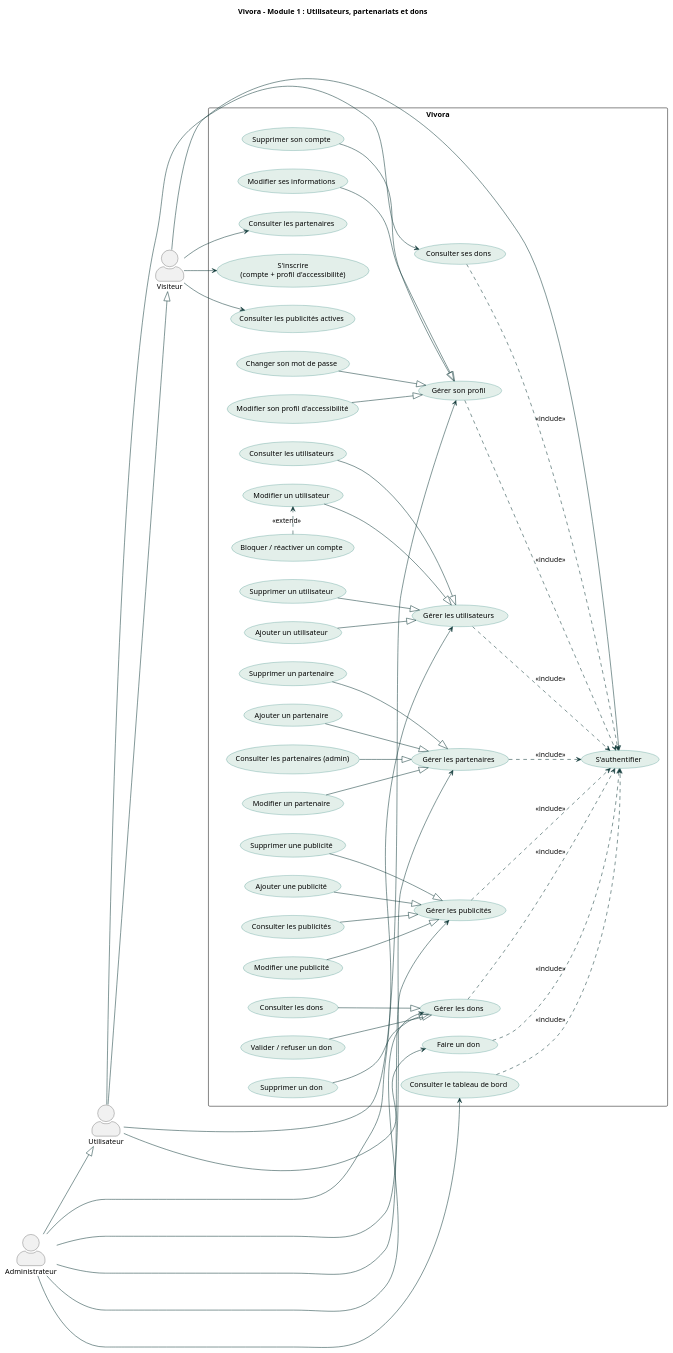
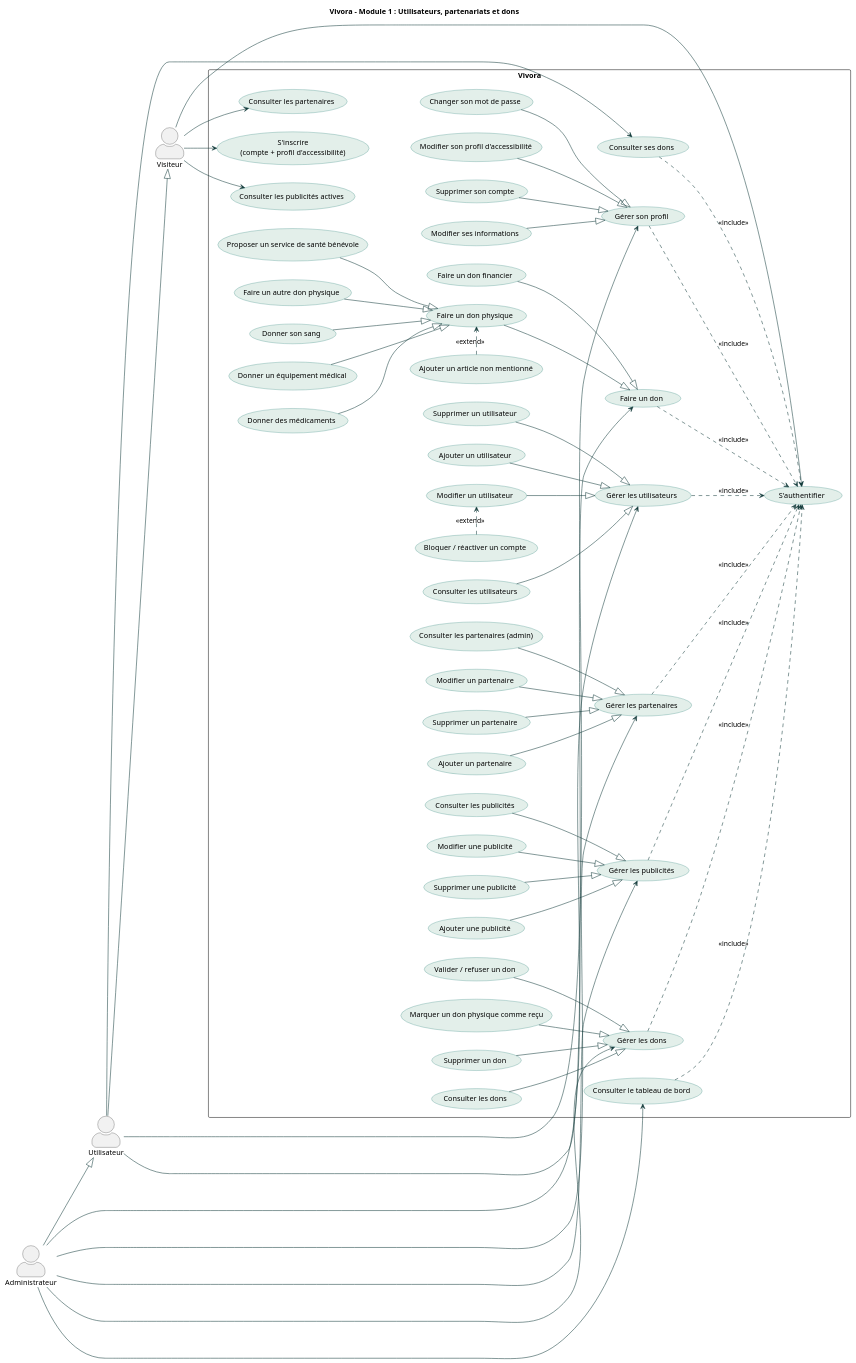
The diagram in docs/cas-utilisation.puml (hiba1577/econova), drawn with PlantUML before and after one commit. The commit also changed 2 other files, not shown here.

Commit message:
Dons physiques : diagrammes et README

```diff
--- a/docs/cas-utilisation.puml
+++ b/docs/cas-utilisation.puml
@@ -1,110 +1,129 @@
 @startuml cas-utilisation
 left to right direction
 skinparam packageStyle rectangle
 skinparam actorStyle awesome
 skinparam usecase {
   BackgroundColor #E3EFEA
   BorderColor #1F7A72
   ArrowColor #123B3A
 }
 
 title Vivora - Module 1 : Utilisateurs, partenariats et dons
 
 actor "Visiteur" as V
 actor "Utilisateur" as U
 actor "Administrateur" as A
 
 U --|> V
 A --|> U
 
 rectangle "Vivora" {
   usecase "S'inscrire\n(compte + profil d'accessibilité)" as UC_Inscrire
   usecase "S'authentifier" as UC_Auth
   usecase "Consulter les publicités actives" as UC_Pubs
   usecase "Consulter les partenaires" as UC_Partenaires
 
   usecase "Gérer son profil" as UC_Profil
   usecase "Modifier ses informations" as UC_ProfilInfos
   usecase "Changer son mot de passe" as UC_ProfilMdp
   usecase "Modifier son profil d'accessibilité" as UC_ProfilAcc
   usecase "Supprimer son compte" as UC_ProfilSup
   usecase "Faire un don" as UC_Don
+  usecase "Faire un don financier" as UC_DonFin
+  usecase "Faire un don physique" as UC_DonPhy
+  usecase "Donner son sang" as UC_DonSang
+  usecase "Donner un équipement médical" as UC_DonEquip
+  usecase "Donner des médicaments" as UC_DonMedoc
+  usecase "Proposer un service de santé bénévole" as UC_DonService
+  usecase "Faire un autre don physique" as UC_DonAutre
+  usecase "Ajouter un article non mentionné" as UC_AutreArticle
   usecase "Consulter ses dons" as UC_MesDons
 
   usecase "Gérer les utilisateurs" as UC_GU
   usecase "Ajouter un utilisateur" as UC_GU_A
   usecase "Consulter les utilisateurs" as UC_GU_C
   usecase "Modifier un utilisateur" as UC_GU_M
   usecase "Supprimer un utilisateur" as UC_GU_S
   usecase "Bloquer / réactiver un compte" as UC_Bloquer
 
   usecase "Gérer les partenaires" as UC_GP
   usecase "Ajouter un partenaire" as UC_GP_A
   usecase "Consulter les partenaires (admin)" as UC_GP_C
   usecase "Modifier un partenaire" as UC_GP_M
   usecase "Supprimer un partenaire" as UC_GP_S
 
   usecase "Gérer les publicités" as UC_GPub
   usecase "Ajouter une publicité" as UC_GPub_A
   usecase "Consulter les publicités" as UC_GPub_C
   usecase "Modifier une publicité" as UC_GPub_M
   usecase "Supprimer une publicité" as UC_GPub_S
 
   usecase "Gérer les dons" as UC_GD
   usecase "Consulter les dons" as UC_GD_C
   usecase "Valider / refuser un don" as UC_GD_V
+  usecase "Marquer un don physique comme reçu" as UC_GD_R
   usecase "Supprimer un don" as UC_GD_S
 
   usecase "Consulter le tableau de bord" as UC_Dash
 }
 
 V --> UC_Inscrire
 V --> UC_Auth
 V --> UC_Pubs
 V --> UC_Partenaires
 
 U --> UC_Profil
 U --> UC_Don
 U --> UC_MesDons
 
 A --> UC_GU
 A --> UC_GP
 A --> UC_GPub
 A --> UC_GD
 A --> UC_Dash
 
 UC_ProfilInfos --|> UC_Profil
 UC_ProfilMdp --|> UC_Profil
 UC_ProfilAcc --|> UC_Profil
 UC_ProfilSup --|> UC_Profil
 
+UC_DonFin --|> UC_Don
+UC_DonPhy --|> UC_Don
+UC_DonSang --|> UC_DonPhy
+UC_DonEquip --|> UC_DonPhy
+UC_DonMedoc --|> UC_DonPhy
+UC_DonService --|> UC_DonPhy
+UC_DonAutre --|> UC_DonPhy
+UC_AutreArticle .> UC_DonPhy : <<extend>>
+
 UC_GU_A --|> UC_GU
 UC_GU_C --|> UC_GU
 UC_GU_M --|> UC_GU
 UC_GU_S --|> UC_GU
 UC_Bloquer .> UC_GU_M : <<extend>>
 
 UC_GP_A --|> UC_GP
 UC_GP_C --|> UC_GP
 UC_GP_M --|> UC_GP
 UC_GP_S --|> UC_GP
 
 UC_GPub_A --|> UC_GPub
 UC_GPub_C --|> UC_GPub
 UC_GPub_M --|> UC_GPub
 UC_GPub_S --|> UC_GPub
 
 UC_GD_C --|> UC_GD
 UC_GD_V --|> UC_GD
+UC_GD_R --|> UC_GD
 UC_GD_S --|> UC_GD
 
 UC_Profil ..> UC_Auth : <<include>>
 UC_Don ..> UC_Auth : <<include>>
 UC_MesDons ..> UC_Auth : <<include>>
 UC_GU ..> UC_Auth : <<include>>
 UC_GP ..> UC_Auth : <<include>>
 UC_GPub ..> UC_Auth : <<include>>
 UC_GD ..> UC_Auth : <<include>>
 UC_Dash ..> UC_Auth : <<include>>
 
 @enduml
```
